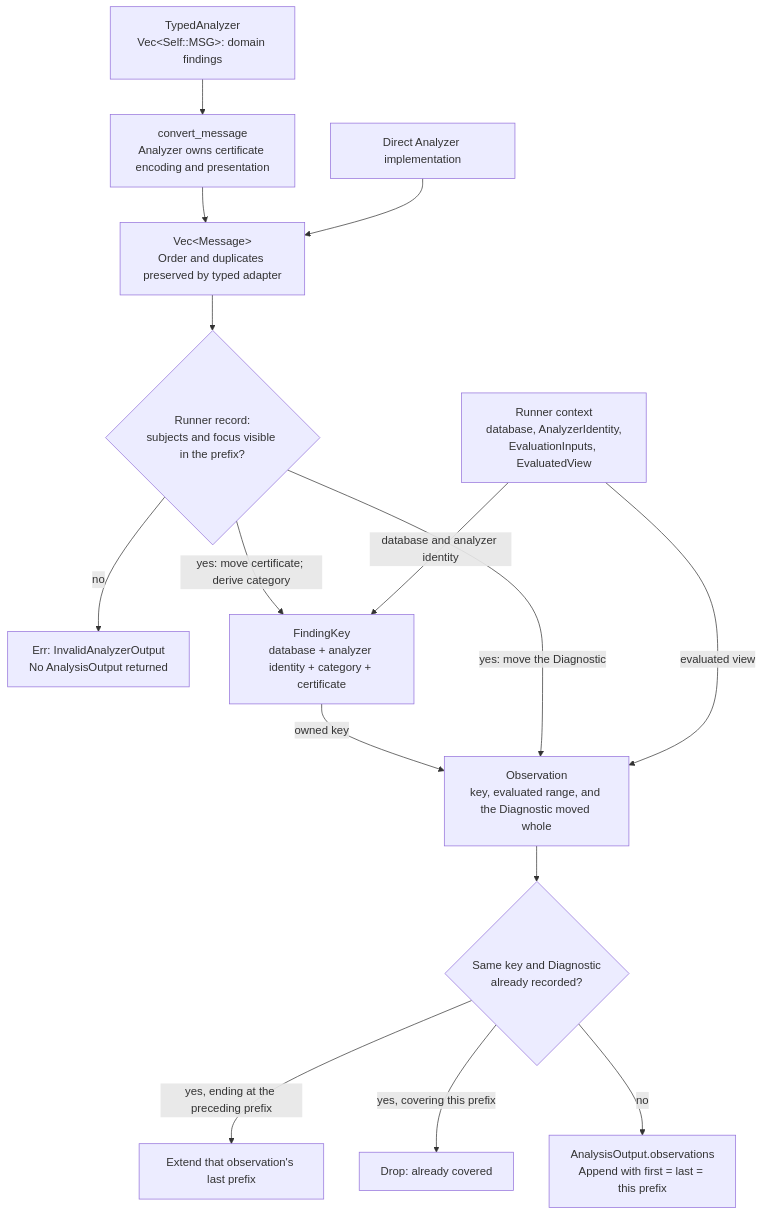
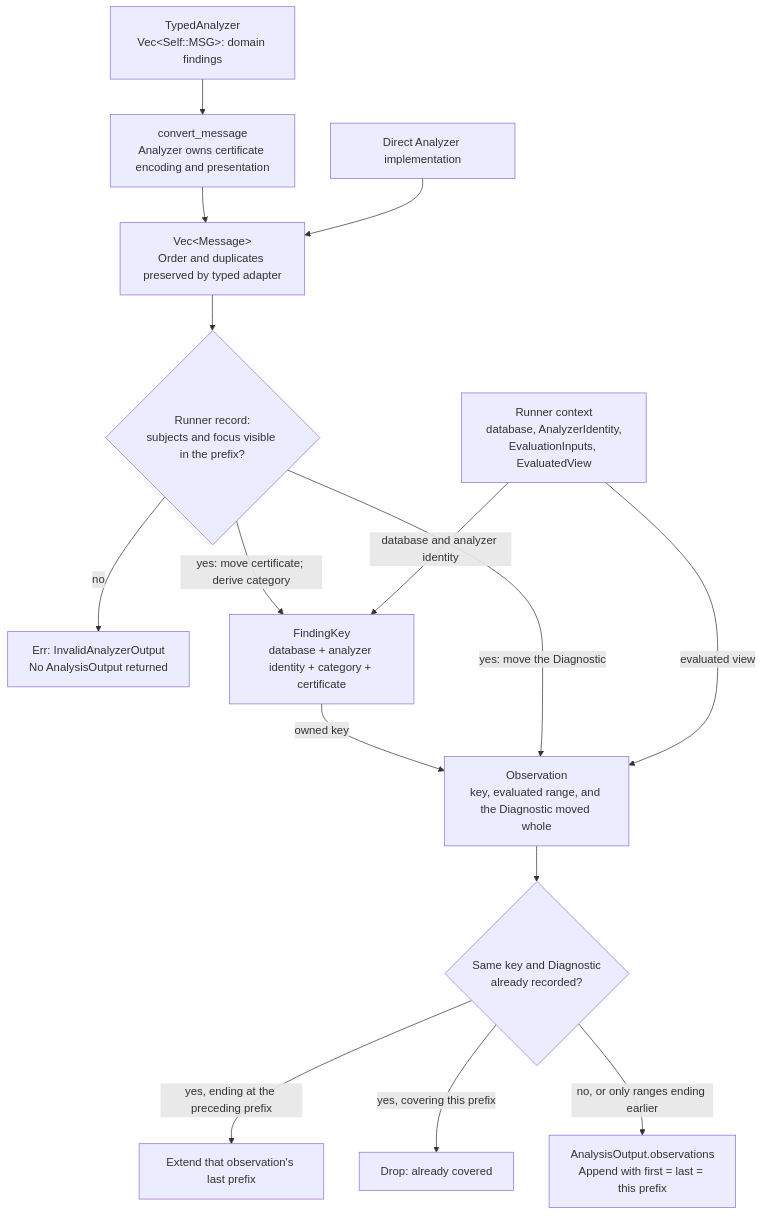
One commit to RezaOnGithub/lifecore changed the first of 3 diagrams in docs/MESSAGES.md. Above: the diagram before and after it, drawn with Mermaid. The commit also changed other lines of this file and 6 other files, not shown here.

````diff
--- a/docs/MESSAGES.md
+++ b/docs/MESSAGES.md
@@ -20,30 +20,30 @@
 ```mermaid
 flowchart TD
     T["TypedAnalyzer<br/>Vec&lt;Self::MSG&gt;: domain findings"]
     C["convert_message<br/>Analyzer owns certificate encoding and presentation"]
     A["Direct Analyzer implementation"]
     M["Vec&lt;Message&gt;<br/>Order and duplicates preserved by typed adapter"]
     V{"Runner record:<br/>subjects and focus visible in the prefix?"}
     E["Err: InvalidAnalyzerOutput<br/>No AnalysisOutput returned"]
     K["FindingKey<br/>database + analyzer identity + category + certificate"]
     R["Runner context<br/>database, AnalyzerIdentity,<br/>EvaluationInputs, EvaluatedView"]
     O["Observation<br/>key, evaluated range, and the Diagnostic moved whole"]
     D{"Same key and Diagnostic<br/>already recorded?"}
     X["Extend that observation's last prefix"]
     DROP["Drop: already covered"]
     P["AnalysisOutput.observations<br/>Append with first = last = this prefix"]
 
     T --> C --> M
     A --> M
     M --> V
     V -->|no| E
     V -->|yes: move certificate; derive category| K
     R -->|database and analyzer identity| K
     K -->|owned key| O
     V -->|yes: move the Diagnostic| O
     R -->|evaluated view| O
     O --> D
     D -->|yes, ending at the preceding prefix| X
     D -->|yes, covering this prefix| DROP
-    D -->|no| P
+    D -->|no, or only ranges ending earlier| P
 ```
````
